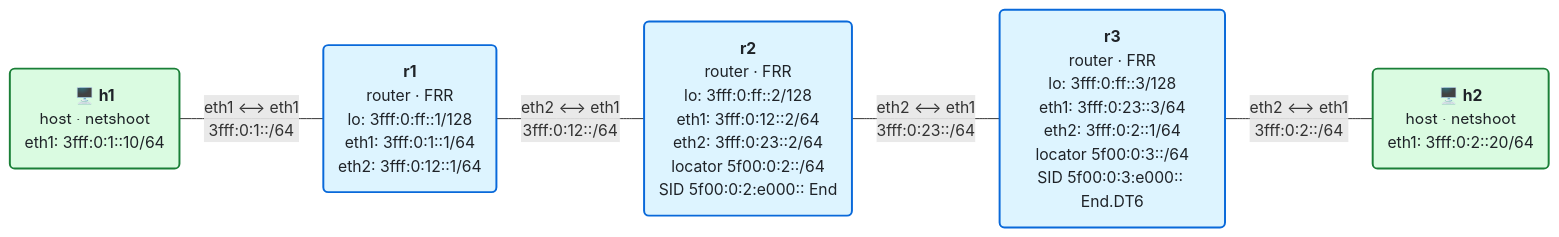
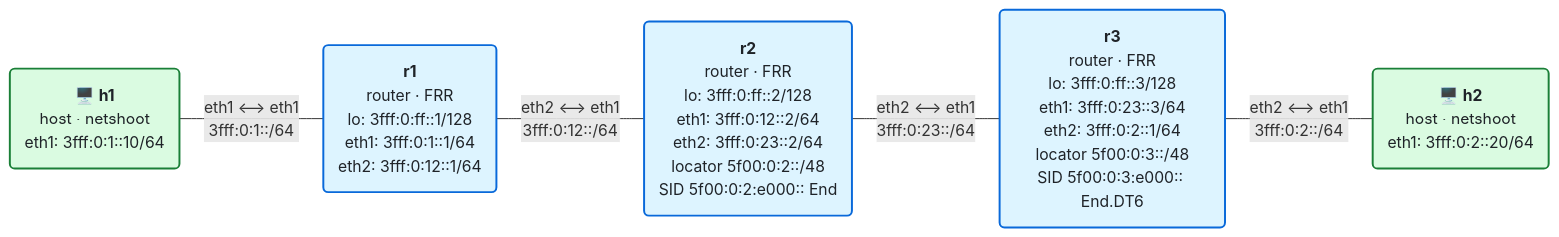
One commit to vitokosk8/aprendiendo-srv6 changed the diagram in 07-sid-srh/README.md. Above: the diagram before and after it, drawn with Mermaid. The commit also changed 7 other files, not shown here.

````diff
--- a/07-sid-srh/README.md
+++ b/07-sid-srh/README.md
@@ -10,19 +10,19 @@
 ```mermaid
 graph LR
     h1("🖥️ <b>h1</b><br/>host · netshoot<br/>eth1: 3fff:0:1::10/64")
     r1("<b>r1</b><br/>router · FRR<br/>lo: 3fff:0:ff::1/128<br/>eth1: 3fff:0:1::1/64<br/>eth2: 3fff:0:12::1/64")
-    r2("<b>r2</b><br/>router · FRR<br/>lo: 3fff:0:ff::2/128<br/>eth1: 3fff:0:12::2/64<br/>eth2: 3fff:0:23::2/64<br/>locator 5f00:0:2::/64<br/>SID 5f00:0:2:e000:: End")
-    r3("<b>r3</b><br/>router · FRR<br/>lo: 3fff:0:ff::3/128<br/>eth1: 3fff:0:23::3/64<br/>eth2: 3fff:0:2::1/64<br/>locator 5f00:0:3::/64<br/>SID 5f00:0:3:e000:: End.DT6")
+    r2("<b>r2</b><br/>router · FRR<br/>lo: 3fff:0:ff::2/128<br/>eth1: 3fff:0:12::2/64<br/>eth2: 3fff:0:23::2/64<br/>locator 5f00:0:2::/48<br/>SID 5f00:0:2:e000:: End")
+    r3("<b>r3</b><br/>router · FRR<br/>lo: 3fff:0:ff::3/128<br/>eth1: 3fff:0:23::3/64<br/>eth2: 3fff:0:2::1/64<br/>locator 5f00:0:3::/48<br/>SID 5f00:0:3:e000:: End.DT6")
     h2("🖥️ <b>h2</b><br/>host · netshoot<br/>eth1: 3fff:0:2::20/64")
 
     h1 -- "eth1 ⟷ eth1<br/>3fff:0:1::/64" --- r1
     r1 -- "eth2 ⟷ eth1<br/>3fff:0:12::/64" --- r2
     r2 -- "eth2 ⟷ eth1<br/>3fff:0:23::/64" --- r3
     r3 -- "eth2 ⟷ eth1<br/>3fff:0:2::/64" --- h2
 
     classDef router fill:#ddf4ff,stroke:#0969da,stroke-width:2px,color:#1f2328
     classDef host fill:#dafbe1,stroke:#1a7f37,stroke-width:2px,color:#1f2328
     classDef switch fill:#f6f8fa,stroke:#57606a,stroke-width:2px,color:#1f2328
     class r1,r2,r3 router
     class h1,h2 host
 ```
````
